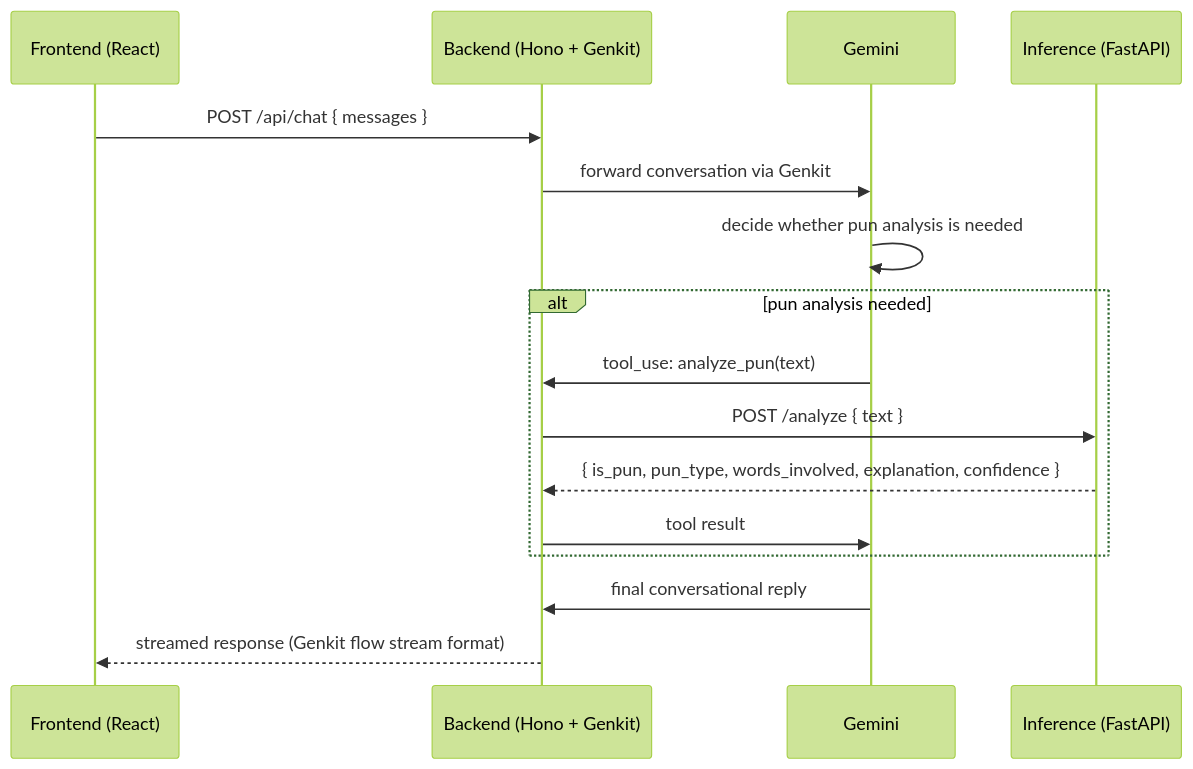
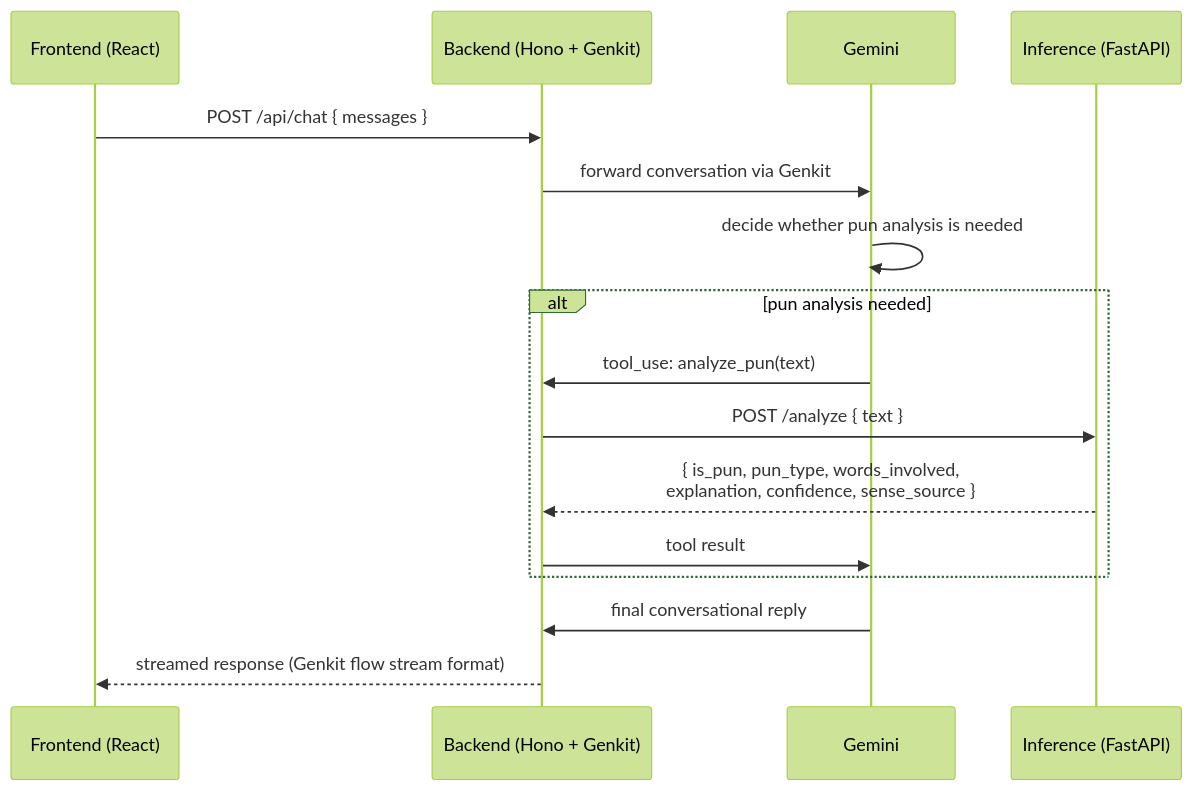
Before and after one commit to team-play/pun-analysis-agent: the diagram in docs/project-spec.md, drawn with Mermaid (forest theme). The commit also changed other lines of this file and 16 other files, not shown here.

First line of the commit message:
Design: Tier 3 hands off to Backend's Gemini via sense_source llm_fallback (#31)

````diff
--- a/docs/project-spec.md
+++ b/docs/project-spec.md
@@ -32,19 +32,19 @@
 ```mermaid
 sequenceDiagram
     participant FE as Frontend (React)
     participant BE as Backend (Hono + Genkit)
     participant Gemini
     participant INF as Inference (FastAPI)
 
     FE->>BE: POST /api/chat { messages }
     BE->>Gemini: forward conversation via Genkit
     Gemini->>Gemini: decide whether pun analysis is needed
     alt pun analysis needed
         Gemini->>BE: tool_use: analyze_pun(text)
         BE->>INF: POST /analyze { text }
-        INF-->>BE: { is_pun, pun_type, words_involved, explanation, confidence }
+        INF-->>BE: { is_pun, pun_type, words_involved,<br/>explanation, confidence, sense_source }
         BE->>Gemini: tool result
     end
     Gemini->>BE: final conversational reply
     BE-->>FE: streamed response (Genkit flow stream format)
 ```
````
